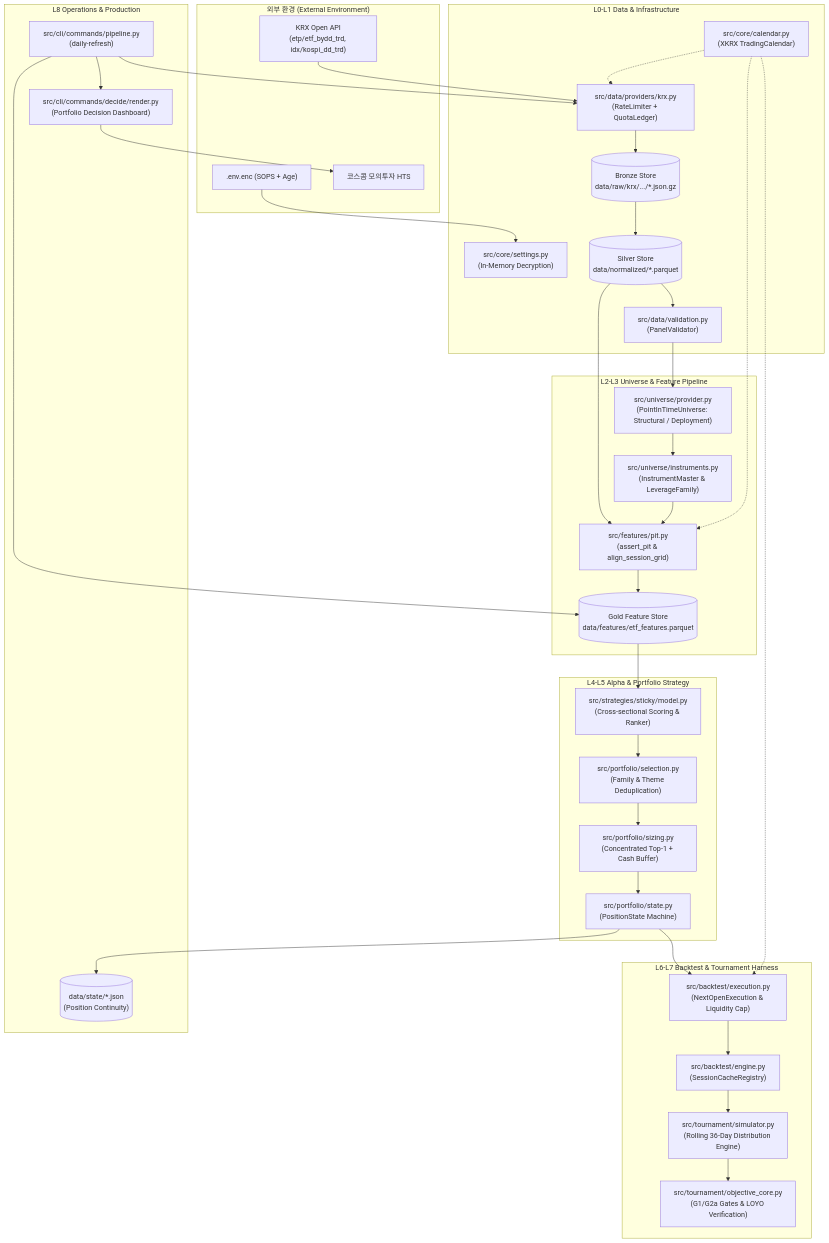
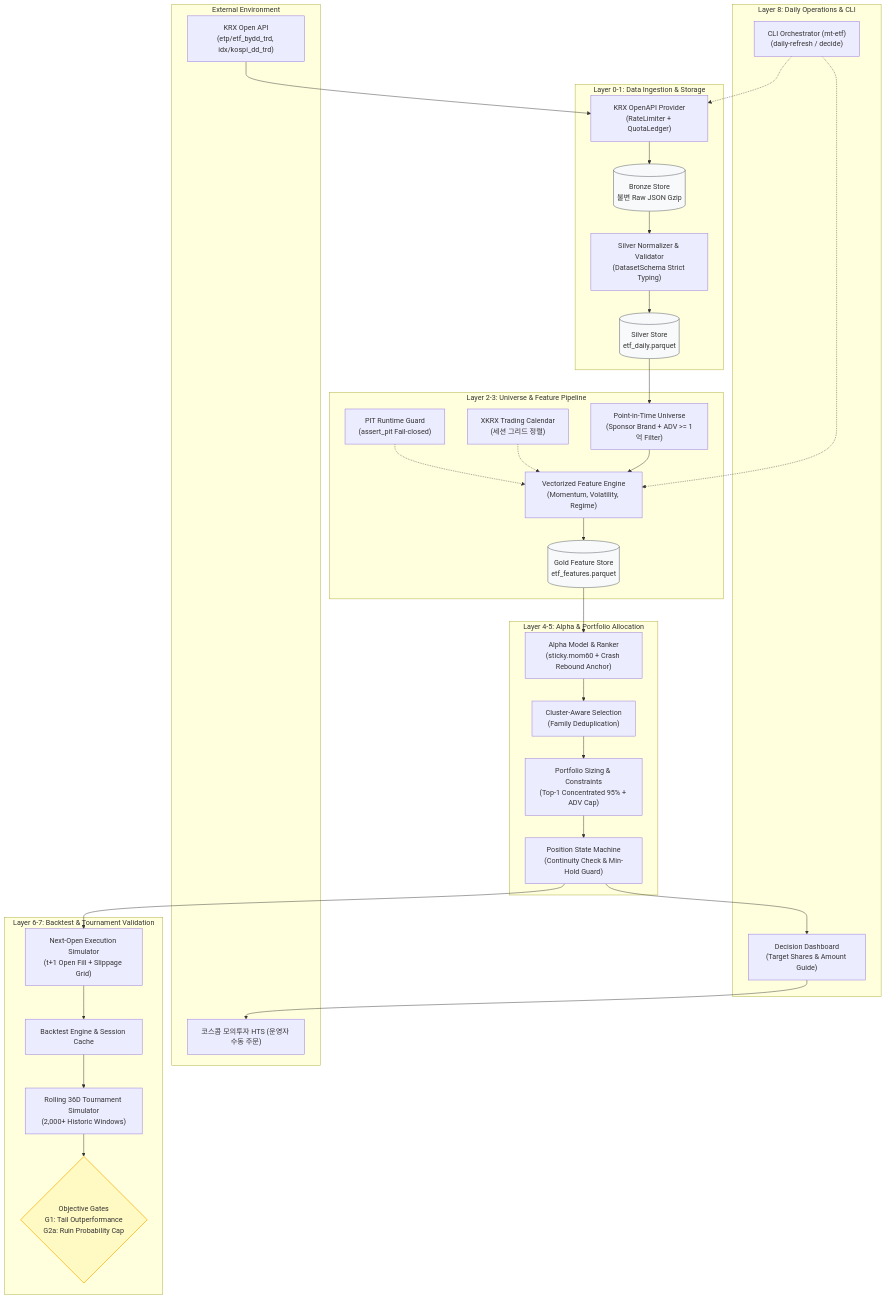
The first of 2 diagrams in docs/architecture/overview.md (KTHYEONG/mt-etf-king-2026), drawn with Mermaid before and after one commit. The commit also changed other lines of this file and 5 other files, not shown here.

````diff
--- a/docs/architecture/overview.md
+++ b/docs/architecture/overview.md
@@ -45,73 +45,63 @@
 ```mermaid
 flowchart TD
-    subgraph External ["외부 환경 (External Environment)"]
+    subgraph S_EXT ["External Environment"]
         KRX["KRX Open API\n(etp/etf_bydd_trd, idx/kospi_dd_trd)"]
-        SOPS[".env.enc (SOPS + Age)"]
-        HTS["코스콤 모의투자 HTS"]
+        HTS["코스콤 모의투자 HTS (운영자 수동 주문)"]
     end
 
-    subgraph L0_L1 ["L0-L1 Data & Infrastructure"]
-        Settings["src/core/settings.py\n(In-Memory Decryption)"]
-        Calendar["src/core/calendar.py\n(XKRX TradingCalendar)"]
-        Provider["src/data/providers/krx.py\n(RateLimiter + QuotaLedger)"]
-        Bronze[("Bronze Store\ndata/raw/krx/.../*.json.gz")]
-        Silver[("Silver Store\ndata/normalized/*.parquet")]
-        Validator["src/data/validation.py\n(PanelValidator)"]
+    subgraph S_DATA ["Layer 0-1: Data Ingestion & Storage"]
+        Provider["KRX OpenAPI Provider\n(RateLimiter + QuotaLedger)"]
+        Bronze[("Bronze Store\n불변 Raw JSON Gzip")]
+        Normalizer["Silver Normalizer & Validator\n(DatasetSchema Strict Typing)"]
+        Silver[("Silver Store\netf_daily.parquet")]
+
+        Provider --> Bronze --> Normalizer --> Silver
     end
 
-    subgraph L2_L3 ["L2-L3 Universe & Feature Pipeline"]
-        Universe["src/universe/provider.py\n(PointInTimeUniverse: Structural / Deployment)"]
-        Master["src/universe/instruments.py\n(InstrumentMaster & LeverageFamily)"]
-        PITGuard["src/features/pit.py\n(assert_pit & align_session_grid)"]
-        Features[("Gold Feature Store\ndata/features/etf_features.parquet")]
+    subgraph S_FEAT ["Layer 2-3: Universe & Feature Pipeline"]
+        Calendar["XKRX Trading Calendar\n(세션 그리드 정렬)"]
+        Universe["Point-in-Time Universe\n(Sponsor Brand + ADV >= 1억 Filter)"]
+        PITGuard["PIT Runtime Guard\n(assert_pit Fail-closed)"]
+        FeatureEng["Vectorized Feature Engine\n(Momentum, Volatility, Regime)"]
+        Gold[("Gold Feature Store\netf_features.parquet")]
+
+        Silver --> Universe --> FeatureEng
+        Calendar -.-> FeatureEng
+        PITGuard -.-> FeatureEng
+        FeatureEng --> Gold
     end
 
-    subgraph L4_L5 ["L4-L5 Alpha & Portfolio Strategy"]
-        Alpha["src/strategies/sticky/model.py\n(Cross-sectional Scoring & Ranker)"]
-        Selection["src/portfolio/selection.py\n(Family & Theme Deduplication)"]
-        Sizing["src/portfolio/sizing.py\n(Concentrated Top-1 + Cash Buffer)"]
-        State["src/portfolio/state.py\n(PositionState Machine)"]
+    subgraph S_ALPHA ["Layer 4-5: Alpha & Portfolio Allocation"]
+        Alpha["Alpha Model & Ranker\n(sticky.mom60 + Crash Rebound Anchor)"]
+        Selection["Cluster-Aware Selection\n(Family Deduplication)"]
+        Sizing["Portfolio Sizing & Constraints\n(Top-1 Concentrated 95% + ADV Cap)"]
+        State["Position State Machine\n(Continuity Check & Min-Hold Guard)"]
+
+        Gold --> Alpha --> Selection --> Sizing --> State
     end
 
-    subgraph L6_L7 ["L6-L7 Backtest & Tournament Harness"]
-        Execution["src/backtest/execution.py\n(NextOpenExecution & Liquidity Cap)"]
-        Engine["src/backtest/engine.py\n(SessionCacheRegistry)"]
-        TournamentSim["src/tournament/simulator.py\n(Rolling 36-Day Distribution Engine)"]
-        Gates["src/tournament/objective_core.py\n(G1/G2a Gates & LOYO Verification)"]
+    subgraph S_EVAL ["Layer 6-7: Backtest & Tournament Validation"]
+        Execution["Next-Open Execution Simulator\n(t+1 Open Fill + Slippage Grid)"]
+        Engine["Backtest Engine & Session Cache"]
+        Simulator["Rolling 36D Tournament Simulator\n(2,000+ Historic Windows)"]
+        Gates{"Objective Gates\nG1: Tail Outperformance\nG2a: Ruin Probability Cap"}
+
+        State --> Execution --> Engine --> Simulator --> Gates
     end
 
-    subgraph L8_Ops ["L8 Operations & Production"]
-        Batch["src/cli/commands/pipeline.py\n(daily-refresh)"]
-        Decide["src/cli/commands/decide/render.py\n(Portfolio Decision Dashboard)"]
-        StateStore[("data/state/*.json\n(Position Continuity)")]
+    subgraph S_OPS ["Layer 8: Daily Operations & CLI"]
+        CLI["CLI Orchestrator (mt-etf)\n(daily-refresh / decide)"]
+        Dashboard["Decision Dashboard\n(Target Shares & Amount Guide)"]
+
+        CLI -.-> Provider
+        CLI -.-> FeatureEng
+        State --> Dashboard --> HTS
     end
 
-    SOPS --> Settings
     KRX --> Provider
-    Provider --> Bronze
-    Bronze --> Silver
-    Silver --> Validator
-    Validator --> Universe
-    Universe --> Master
-    Silver --> PITGuard
-    Master --> PITGuard
-    PITGuard --> Features
-    Features --> Alpha
-    Alpha --> Selection
-    Selection --> Sizing
-    Sizing --> State
-    State --> StateStore
-    State --> Execution
-    Execution --> Engine
-    Engine --> TournamentSim
-    TournamentSim --> Gates
 
-    Calendar -.-> Provider
-    Calendar -.-> PITGuard
-    Calendar -.-> Execution
-
-    Batch --> Provider
-    Batch --> Features
-    Batch --> Decide
-    Decide --> HTS
+    classDef store fill:#f8f9fa,stroke:#495057,stroke-width:1px;
+    classDef gate fill:#fff9c4,stroke:#fbc02d,stroke-width:2px;
+    class Bronze,Silver,Gold store;
+    class Gates gate;
 ```
````
